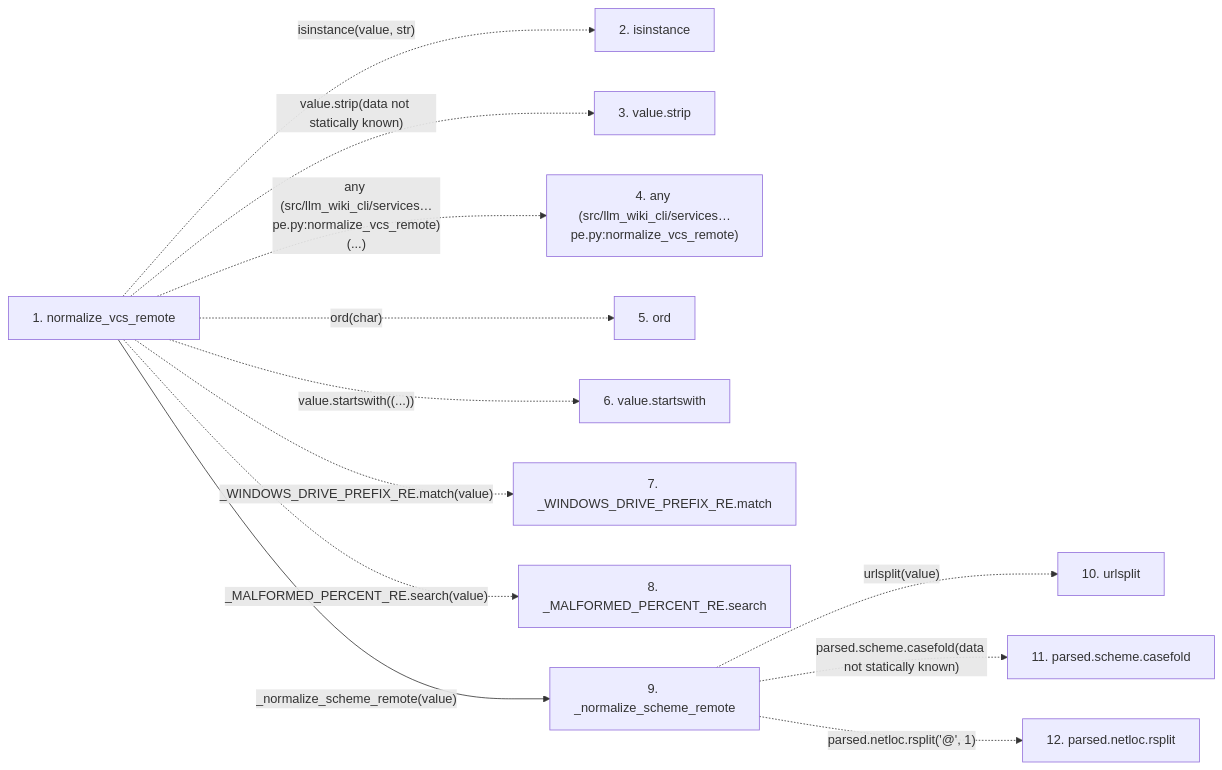
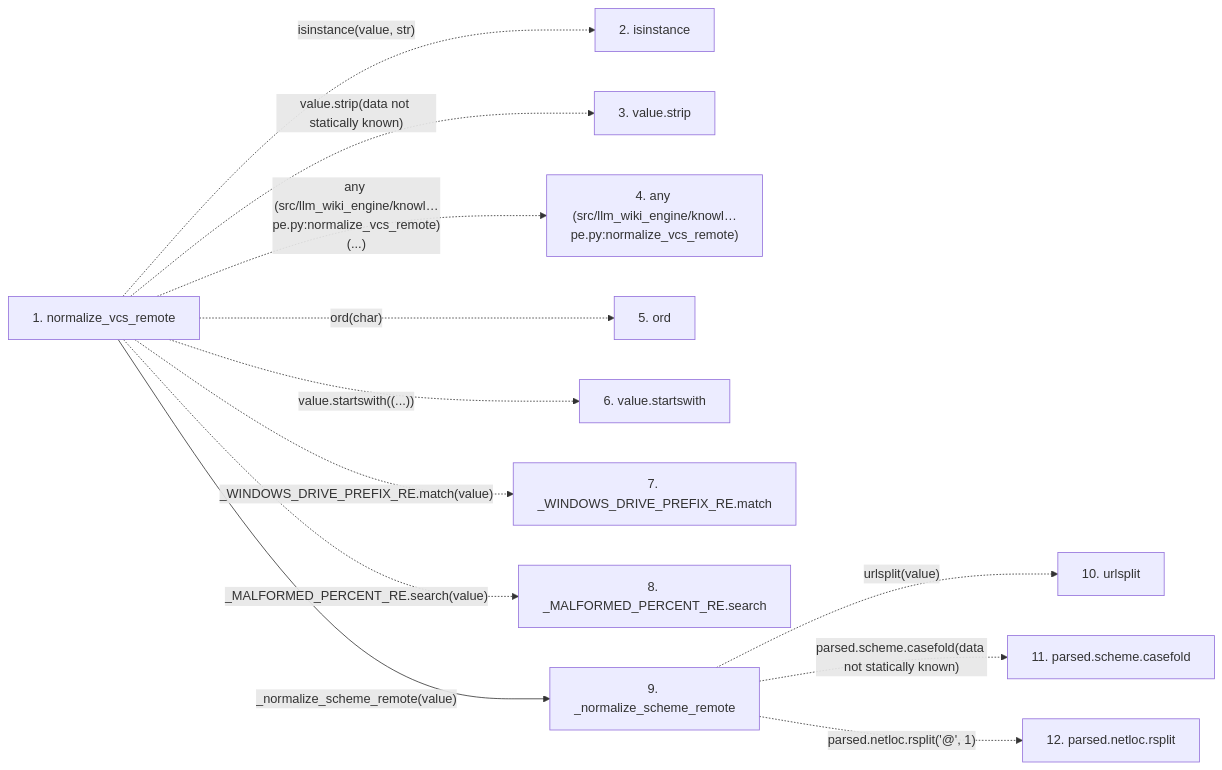
The second of 2 diagrams in docs/llm_wiki/flows/api-normalize_vcs_remote.md (Denissvgn/python-wiki-llm), drawn with Mermaid before and after one commit. The commit also changed other lines of this file and 1058 other files, not shown here.

````diff
--- a/docs/llm_wiki/flows/api-normalize_vcs_remote.md
+++ b/docs/llm_wiki/flows/api-normalize_vcs_remote.md
@@ -99,28 +99,28 @@
 ```mermaid
 flowchart LR
     s1["1. normalize_vcs_remote"]
     s2["2. isinstance"]
     s3["3. value.strip"]
-    s4["4. any (src/llm_wiki_cli/services…pe.py:normalize_vcs_remote)"]
+    s4["4. any (src/llm_wiki_engine/knowl…pe.py:normalize_vcs_remote)"]
     s5["5. ord"]
     s6["6. value.startswith"]
     s7["7. _WINDOWS_DRIVE_PREFIX_RE.match"]
     s8["8. _MALFORMED_PERCENT_RE.search"]
     s9["9. _normalize_scheme_remote"]
     s10["10. urlsplit"]
     s11["11. parsed.scheme.casefold"]
     s12["12. parsed.netloc.rsplit"]
     s1 -. "isinstance(value, str)" .-> s2
     s1 -. "value.strip(data not statically known)" .-> s3
-    s1 -. "any (src/llm_wiki_cli/services…pe.py:normalize_vcs_remote)(...)" .-> s4
+    s1 -. "any (src/llm_wiki_engine/knowl…pe.py:normalize_vcs_remote)(...)" .-> s4
     s1 -. "ord(char)" .-> s5
     s1 -. "value.startswith((...))" .-> s6
     s1 -. "_WINDOWS_DRIVE_PREFIX_RE.match(value)" .-> s7
     s1 -. "_MALFORMED_PERCENT_RE.search(value)" .-> s8
     s1 -->|"_normalize_scheme_remote(value)"| s9
     s9 -. "urlsplit(value)" .-> s10
     s9 -. "parsed.scheme.casefold(data not statically known)" .-> s11
     s9 -. "parsed.netloc.rsplit('@', 1)" .-> s12
     click s1 "../modules/knowledge_envelope.md"
     click s9 "../modules/knowledge_envelope.md"
 ```
````
